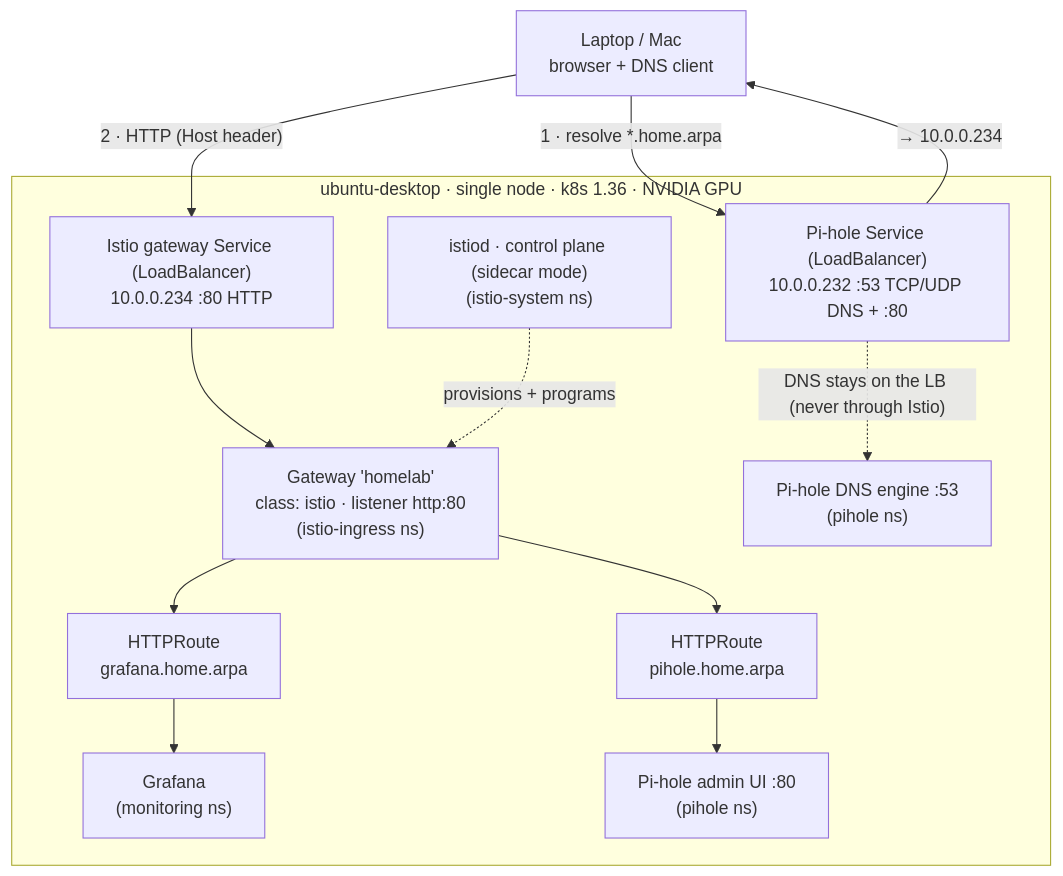
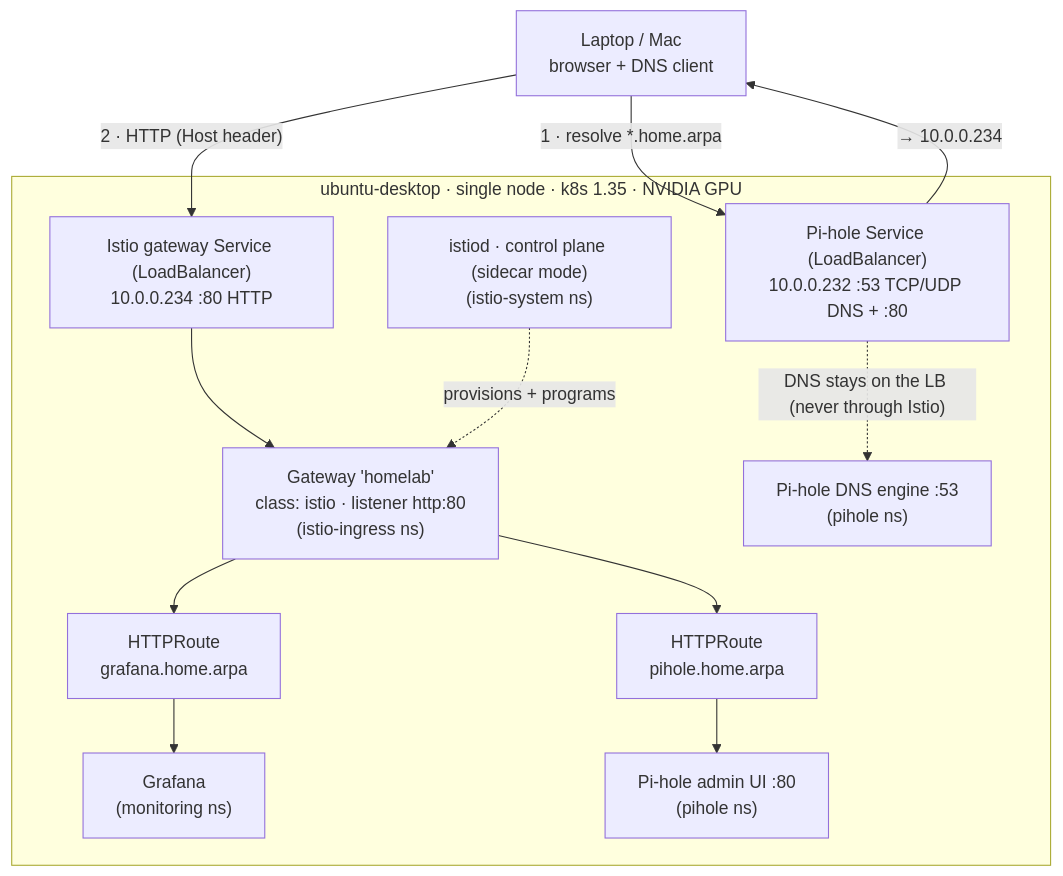
Before and after one commit to TusharSariya/aws-account-infra: the first of 3 diagrams in docs/architecture.md, drawn with Mermaid. The commit also changed other lines of this file and 116 other files, not shown here.

````diff
--- a/docs/architecture.md
+++ b/docs/architecture.md
@@ -11,28 +11,28 @@
 ```mermaid
 flowchart TB
   laptop["Laptop / Mac<br/>browser + DNS client"]
 
-  subgraph node["ubuntu-desktop · single node · k8s 1.36 · NVIDIA GPU"]
+  subgraph node["ubuntu-desktop · single node · k8s 1.35 · NVIDIA GPU"]
     pihole_svc["Pi-hole Service (LoadBalancer)<br/>10.0.0.232 :53 TCP/UDP DNS + :80"]
     istio_svc["Istio gateway Service (LoadBalancer)<br/>10.0.0.234 :80 HTTP"]
 
     gw["Gateway 'homelab'<br/>class: istio · listener http:80<br/>(istio-ingress ns)"]
     istiod["istiod · control plane (sidecar mode)<br/>(istio-system ns)"]
 
     rg["HTTPRoute<br/>grafana.home.arpa"]
     rp["HTTPRoute<br/>pihole.home.arpa"]
 
     grafana["Grafana<br/>(monitoring ns)"]
     piholeweb["Pi-hole admin UI :80<br/>(pihole ns)"]
     piholedns["Pi-hole DNS engine :53<br/>(pihole ns)"]
   end
 
   laptop -- "1 · resolve *.home.arpa" --> pihole_svc
   pihole_svc -- "→ 10.0.0.234" --> laptop
   laptop -- "2 · HTTP (Host header)" --> istio_svc
   istio_svc --> gw
   istiod -. provisions + programs .-> gw
   gw --> rg --> grafana
   gw --> rp --> piholeweb
   pihole_svc -. "DNS stays on the LB (never through Istio)" .-> piholedns
 ```
````
